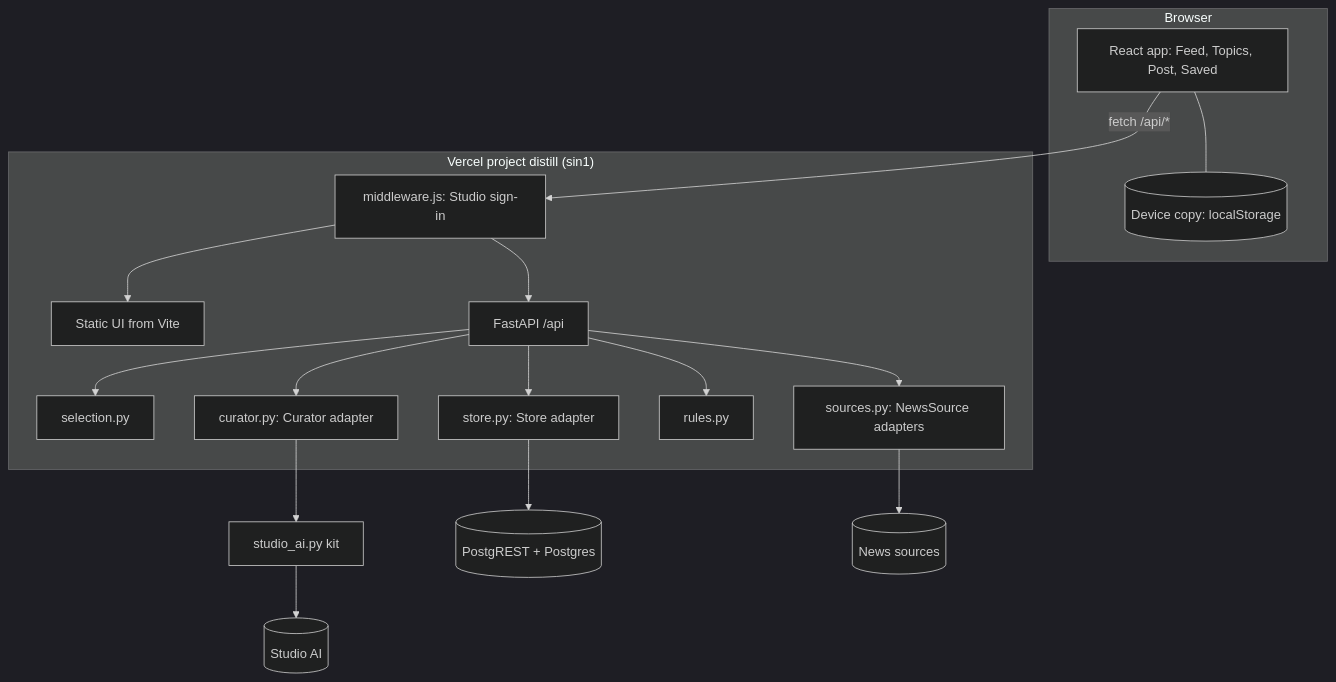
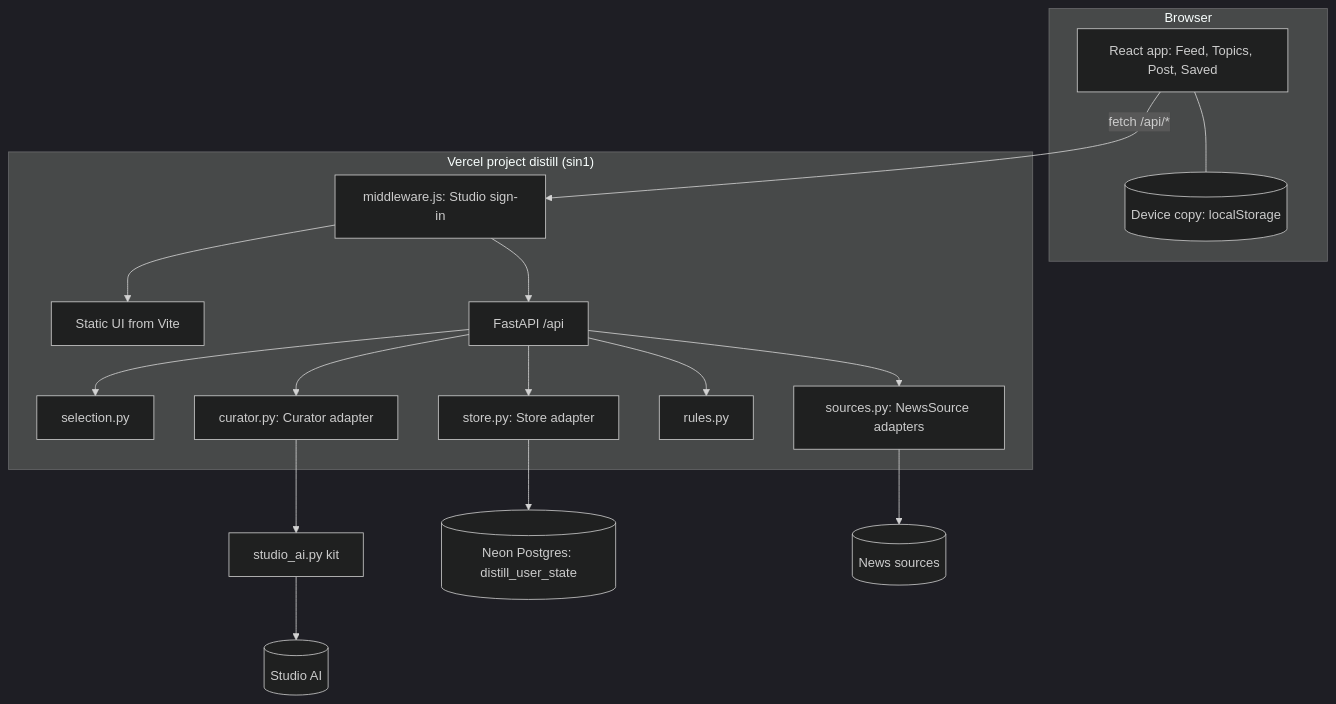
One commit to akkiverse/distill changed the second of 2 diagrams in docs/architecture/ARCHITECTURE.md. Above: the diagram before and after it, drawn with Mermaid (dark theme). The commit also changed other lines of this file and 22 other files, not shown here.

````diff
--- a/docs/architecture/ARCHITECTURE.md
+++ b/docs/architecture/ARCHITECTURE.md
@@ -20,19 +20,19 @@
 ```mermaid
 flowchart TB
   subgraph Browser
     ui[React app: Feed, Topics, Post, Saved] --- copy[(Device copy: localStorage)]
   end
   subgraph Vercel["Vercel project distill (sin1)"]
     mw[middleware.js: Studio sign-in] --> static[Static UI from Vite]
     mw --> api[FastAPI /api]
     api --> sel[selection.py]
     api --> src[sources.py: NewsSource adapters]
     api --> cur[curator.py: Curator adapter]
     api --> rules[rules.py]
     api --> store[store.py: Store adapter]
   end
   ui -->|fetch /api/*| mw
   cur --> studio_ai[studio_ai.py kit] --> AI[(Studio AI)]
-  store --> PG[(PostgREST + Postgres)]
+  store --> PG[(Neon Postgres: distill_user_state)]
   src --> NEWS[(News sources)]
 ```
````
